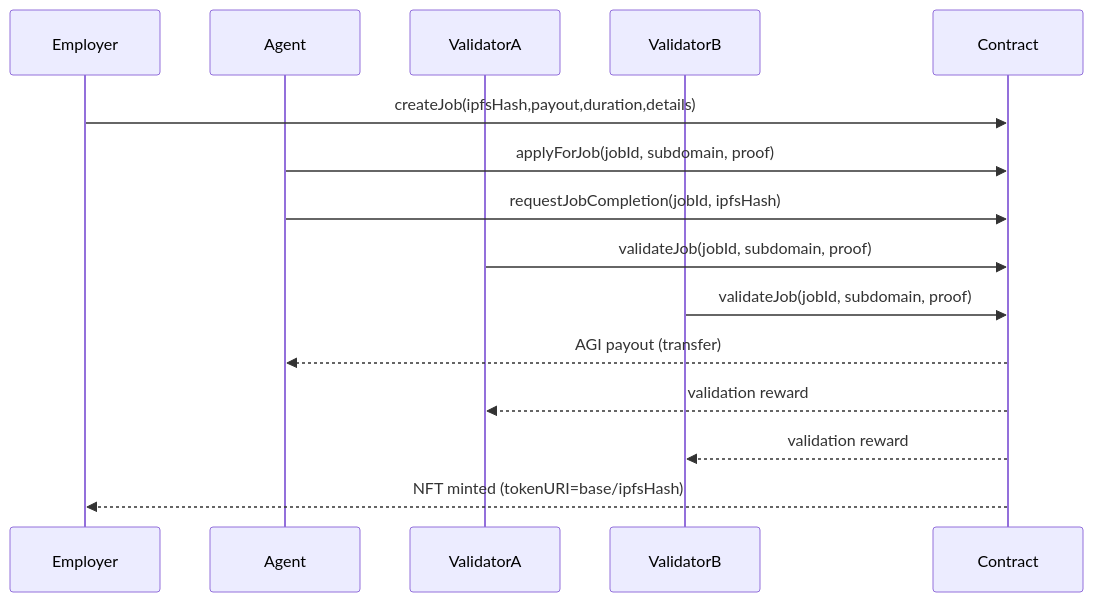
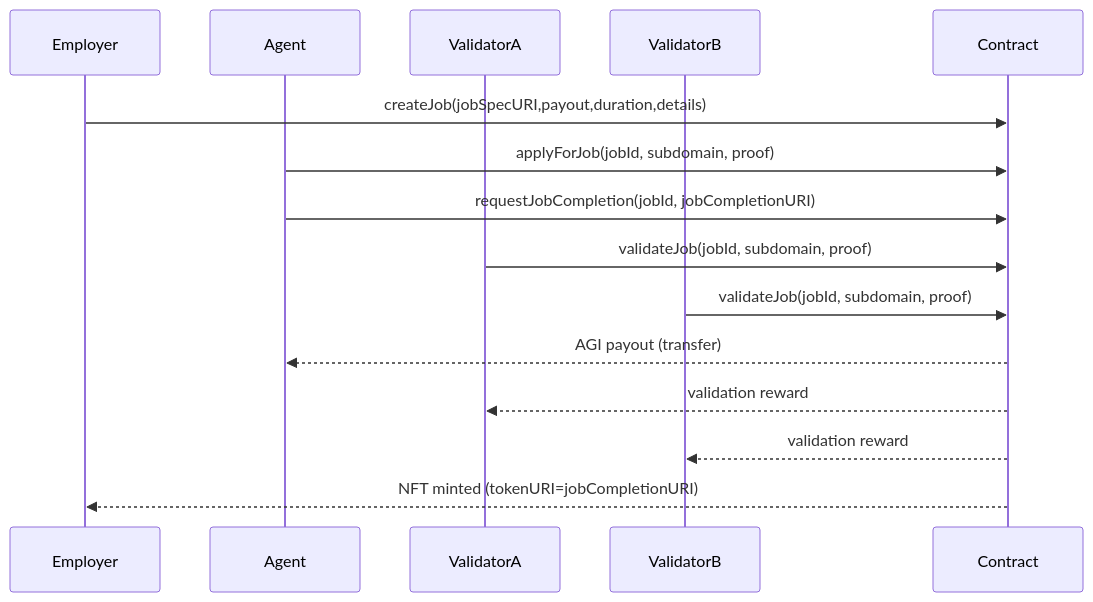
Before and after one commit to MontrealAI/AGIJobManager: the first of 2 diagrams in docs/USERS.md, drawn with Mermaid. The commit also changed other lines of this file and 8 other files, not shown here.

Commit message:
Update docs for job spec and completion URIs

````diff
--- a/docs/USERS.md
+++ b/docs/USERS.md
@@ -24,18 +24,18 @@
 ```mermaid
 sequenceDiagram
   participant Employer
   participant Agent
   participant ValidatorA
   participant ValidatorB
   participant Contract
 
-  Employer->>Contract: createJob(ipfsHash,payout,duration,details)
+  Employer->>Contract: createJob(jobSpecURI,payout,duration,details)
   Agent->>Contract: applyForJob(jobId, subdomain, proof)
-  Agent->>Contract: requestJobCompletion(jobId, ipfsHash)
+  Agent->>Contract: requestJobCompletion(jobId, jobCompletionURI)
   ValidatorA->>Contract: validateJob(jobId, subdomain, proof)
   ValidatorB->>Contract: validateJob(jobId, subdomain, proof)
   Contract-->>Agent: AGI payout (transfer)
   Contract-->>ValidatorA: validation reward
   Contract-->>ValidatorB: validation reward
-  Contract-->>Employer: NFT minted (tokenURI=base/ipfsHash)
+  Contract-->>Employer: NFT minted (tokenURI=jobCompletionURI)
 ```
````
